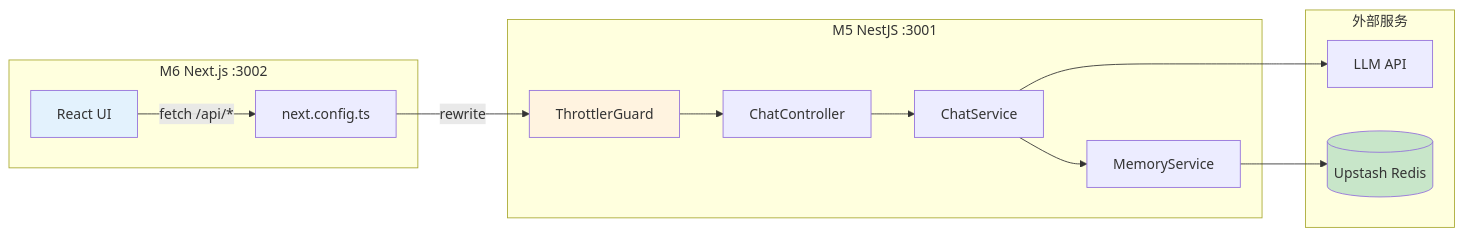
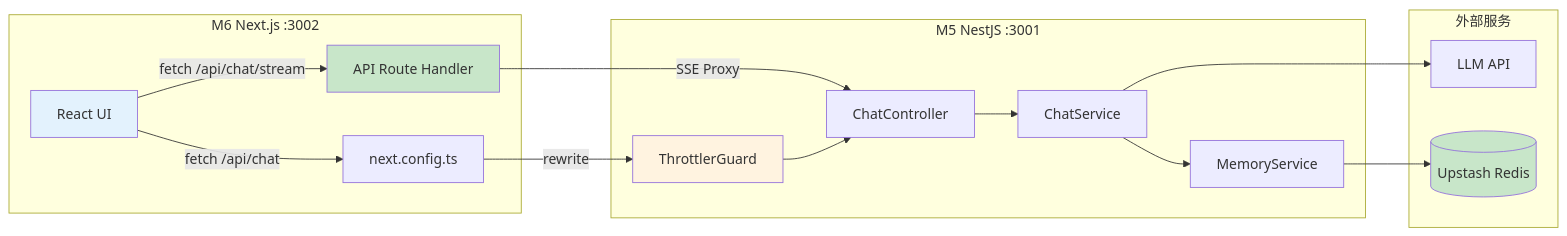
One commit to exposir/ai-evolution-kit changed the second of 2 diagrams in packages/06-fullstack-demo/README.md. Above: the diagram before and after it, drawn with Mermaid. The commit also changed other lines of this file and 1 other file, not shown here.

````diff
--- a/packages/06-fullstack-demo/README.md
+++ b/packages/06-fullstack-demo/README.md
@@ -49,31 +49,35 @@
 ```mermaid
 flowchart LR
     subgraph "M6 Next.js :3002"
         A[React UI]
-        B[next.config.ts]
+        B[API Route Handler]
+        C[next.config.ts]
     end
 
     subgraph "M5 NestJS :3001"
-        C[ThrottlerGuard]
-        D[ChatController]
-        E[ChatService]
-        F[MemoryService]
+        D[ThrottlerGuard]
+        E[ChatController]
+        F[ChatService]
+        G[MemoryService]
     end
 
     subgraph "外部服务"
-        G[LLM API]
-        H[(Upstash Redis)]
+        H[LLM API]
+        I[(Upstash Redis)]
     end
 
-    A -->|fetch /api/*| B
-    B -->|rewrite| C
-    C --> D
+    A -->|fetch /api/chat| C
+    A -->|fetch /api/chat/stream| B
+    B -->|SSE Proxy| E
+    C -->|rewrite| D
     D --> E
-    E --> G
     E --> F
     F --> H
+    F --> G
+    G --> I
 
     style A fill:#e3f2fd
-    style C fill:#fff3e0
-    style H fill:#c8e6c9
+    style B fill:#c8e6c9
+    style D fill:#fff3e0
+    style I fill:#c8e6c9
 ```
````
